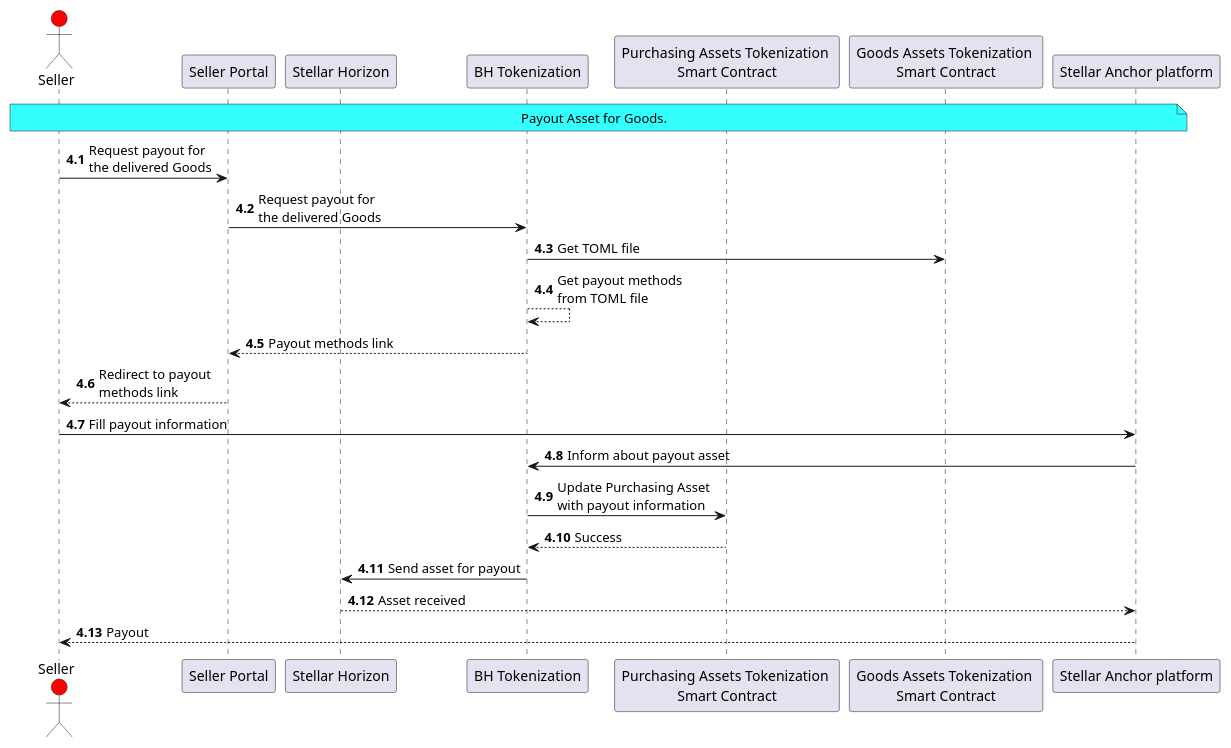
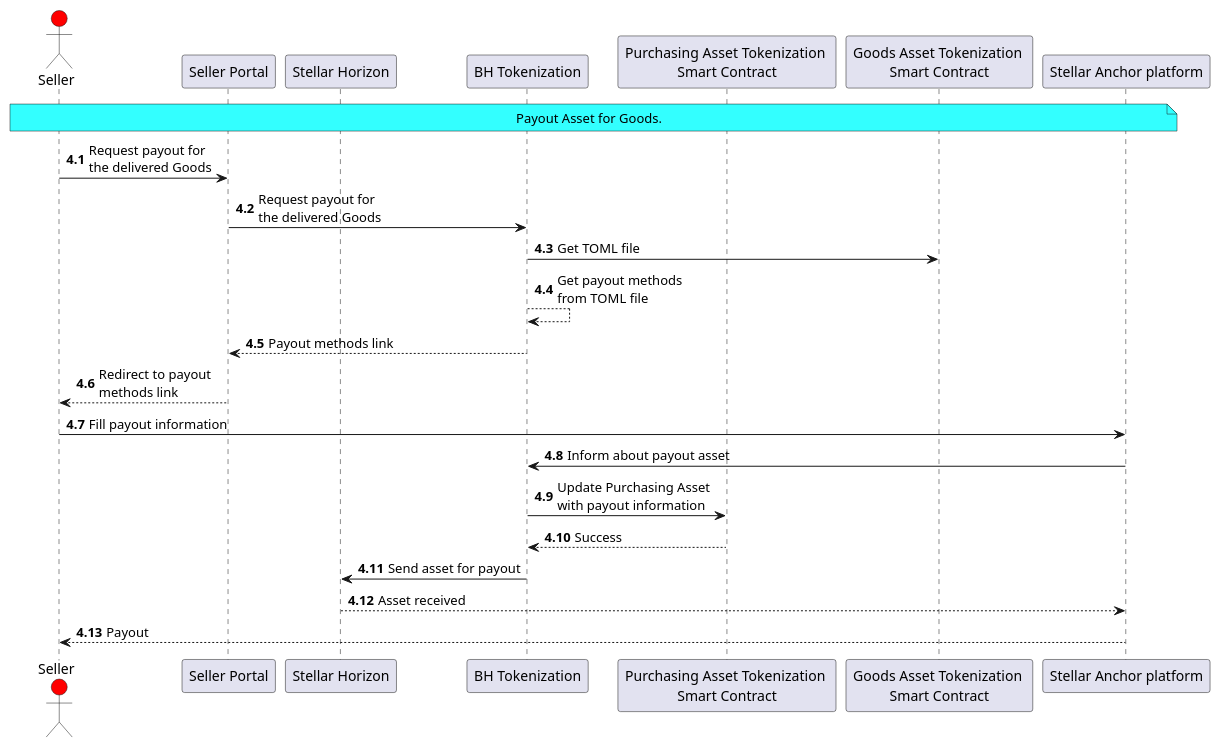
One commit to TatarinovIgor/birdhouse-contract changed the diagram in uml/BHTokenization_sequence_4.puml. Above: the diagram before and after it, drawn with PlantUML. The commit also changed 7 other files, not shown here.

Commit message:
fixes for diagrams

```diff
--- a/uml/BHTokenization_sequence_4.puml
+++ b/uml/BHTokenization_sequence_4.puml
@@ -1,33 +1,33 @@
 @startuml
 'https://plantuml.com/sequence-diagram
 
 autonumber
 
 actor "Seller" as Seller #red
 
 participant "Seller Portal" as SystemS
 
 participant "Stellar Horizon" as Stellar
 
 participant "BH Tokenization" as Tokenizer
 
-participant "Purchasing Assets Tokenization \nSmart Contract" as ContractP
-participant "Goods Assets Tokenization \nSmart Contract" as ContractG
+participant "Purchasing Asset Tokenization \nSmart Contract" as ContractP
+participant "Goods Asset Tokenization \nSmart Contract" as ContractG
 participant "Stellar Anchor platform" as Anchor
 
 note over Seller, Anchor #33FFFF: Payout Asset for Goods.
 autonumber 4.1
 Seller -> SystemS : Request payout for\nthe delivered Goods
 SystemS -> Tokenizer : Request payout for\nthe delivered Goods
 Tokenizer -> ContractG : Get TOML file
 Tokenizer --> Tokenizer : Get payout methods\nfrom TOML file
 Tokenizer --> SystemS : Payout methods link
 SystemS --> Seller : Redirect to payout\nmethods link
 Seller -> Anchor : Fill payout information
 Anchor -> Tokenizer : Inform about payout asset
 Tokenizer -> ContractP : Update Purchasing Asset\nwith payout information
 ContractP --> Tokenizer : Success
 Tokenizer -> Stellar : Send asset for payout
 Stellar --> Anchor : Asset received
 Anchor --> Seller : Payout
 @enduml
```
